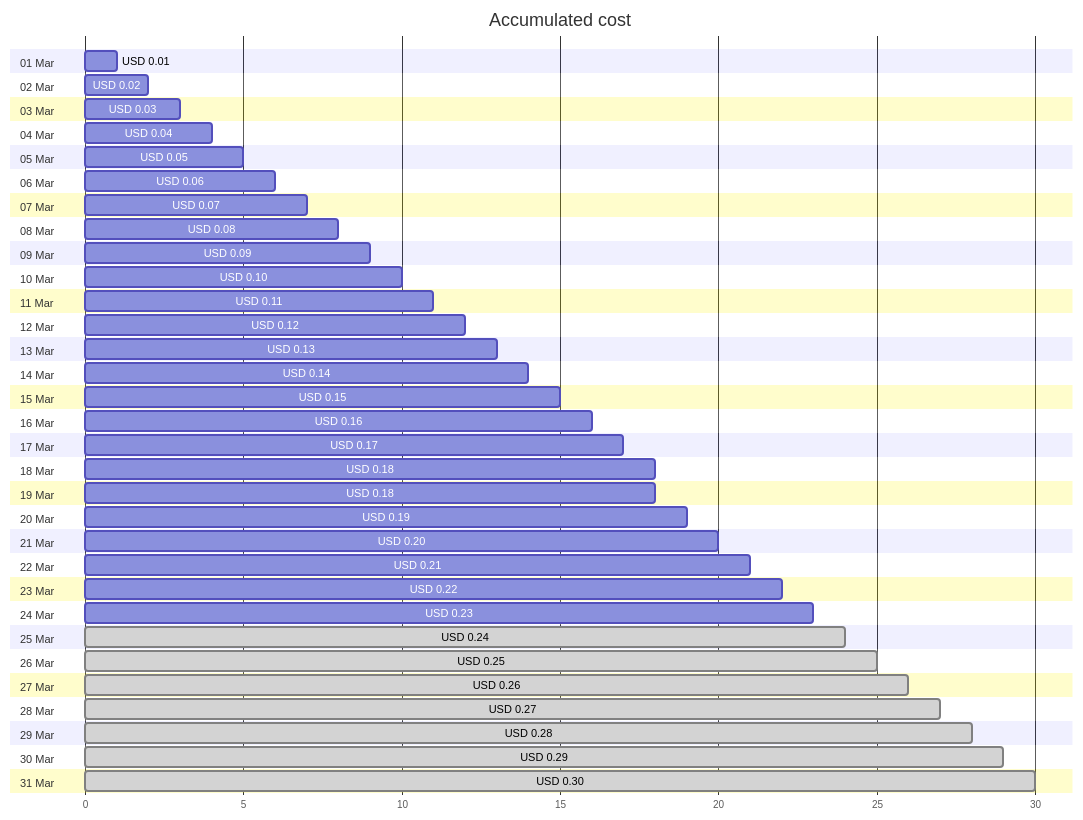
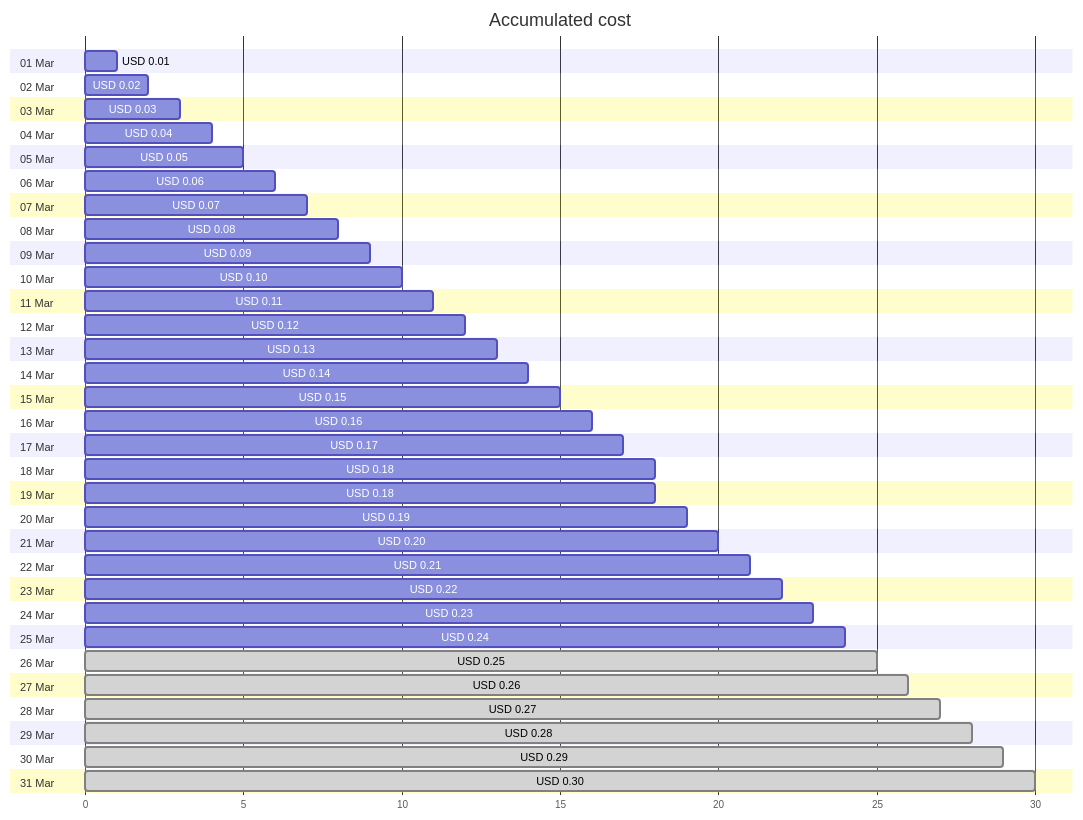
The first of 4 diagrams in cost-reports/cloud-shell-storage-eastus/cs2100300008c8d894b.md (jpfulton/azure-personal-reports), drawn with Mermaid before and after one commit. The commit also changed other lines of this file and 1 other file, not shown here.

````diff
--- a/cost-reports/cloud-shell-storage-eastus/cs2100300008c8d894b.md
+++ b/cost-reports/cloud-shell-storage-eastus/cs2100300008c8d894b.md
@@ -20,68 +20,68 @@
 ```mermaid
 gantt
    title Accumulated cost
    dateFormat  X
    axisFormat %s
    section 01 Mar
    USD 0.01 :0, 1
    section 02 Mar
    USD 0.02 :0, 2
    section 03 Mar
    USD 0.03 :0, 3
    section 04 Mar
    USD 0.04 :0, 4
    section 05 Mar
    USD 0.05 :0, 5
    section 06 Mar
    USD 0.06 :0, 6
    section 07 Mar
    USD 0.07 :0, 7
    section 08 Mar
    USD 0.08 :0, 8
    section 09 Mar
    USD 0.09 :0, 9
    section 10 Mar
    USD 0.10 :0, 10
    section 11 Mar
    USD 0.11 :0, 11
    section 12 Mar
    USD 0.12 :0, 12
    section 13 Mar
    USD 0.13 :0, 13
    section 14 Mar
    USD 0.14 :0, 14
    section 15 Mar
    USD 0.15 :0, 15
    section 16 Mar
    USD 0.16 :0, 16
    section 17 Mar
    USD 0.17 :0, 17
    section 18 Mar
    USD 0.18 :0, 18
    section 19 Mar
    USD 0.18 :0, 18
    section 20 Mar
    USD 0.19 :0, 19
    section 21 Mar
    USD 0.20 :0, 20
    section 22 Mar
    USD 0.21 :0, 21
    section 23 Mar
    USD 0.22 :0, 22
    section 24 Mar
    USD 0.23 :0, 23
    section 25 Mar
-   USD 0.24 : done, 0, 24
+   USD 0.24 :0, 24
    section 26 Mar
    USD 0.25 : done, 0, 25
    section 27 Mar
    USD 0.26 : done, 0, 26
    section 28 Mar
    USD 0.27 : done, 0, 27
    section 29 Mar
    USD 0.28 : done, 0, 28
    section 30 Mar
    USD 0.29 : done, 0, 29
    section 31 Mar
    USD 0.30 : done, 0, 30
 ```
````
